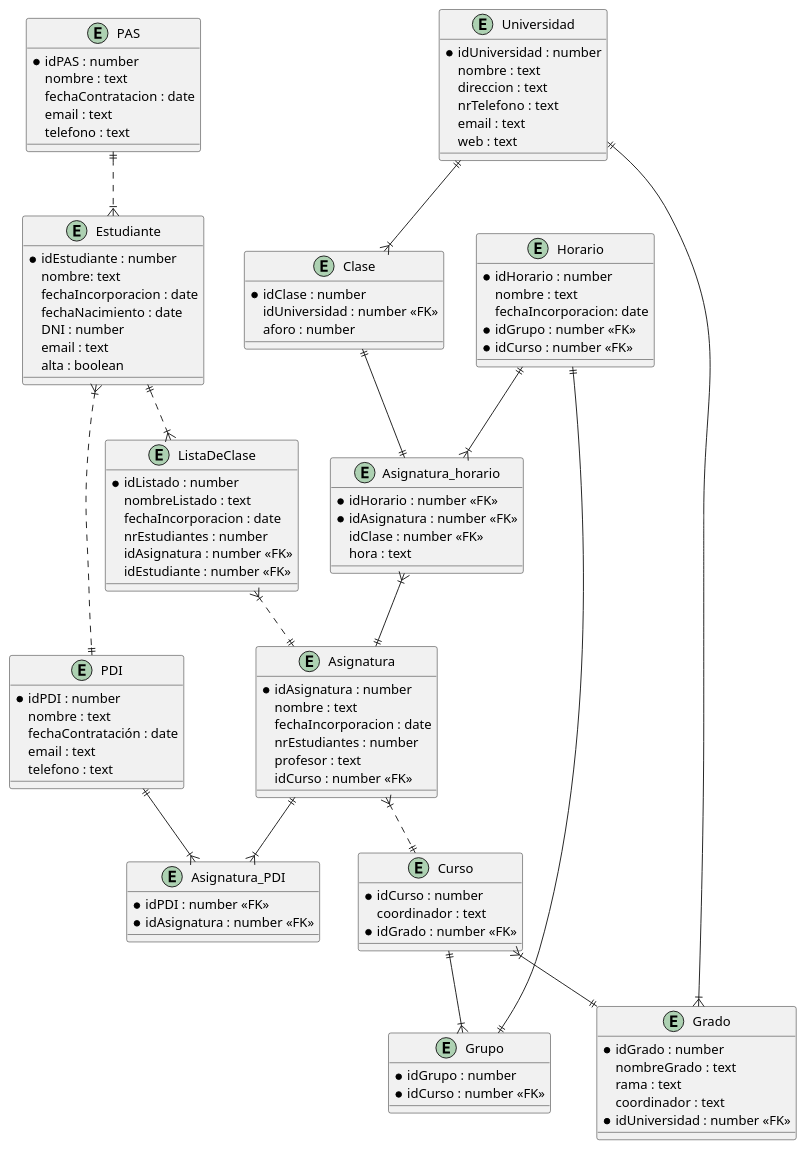
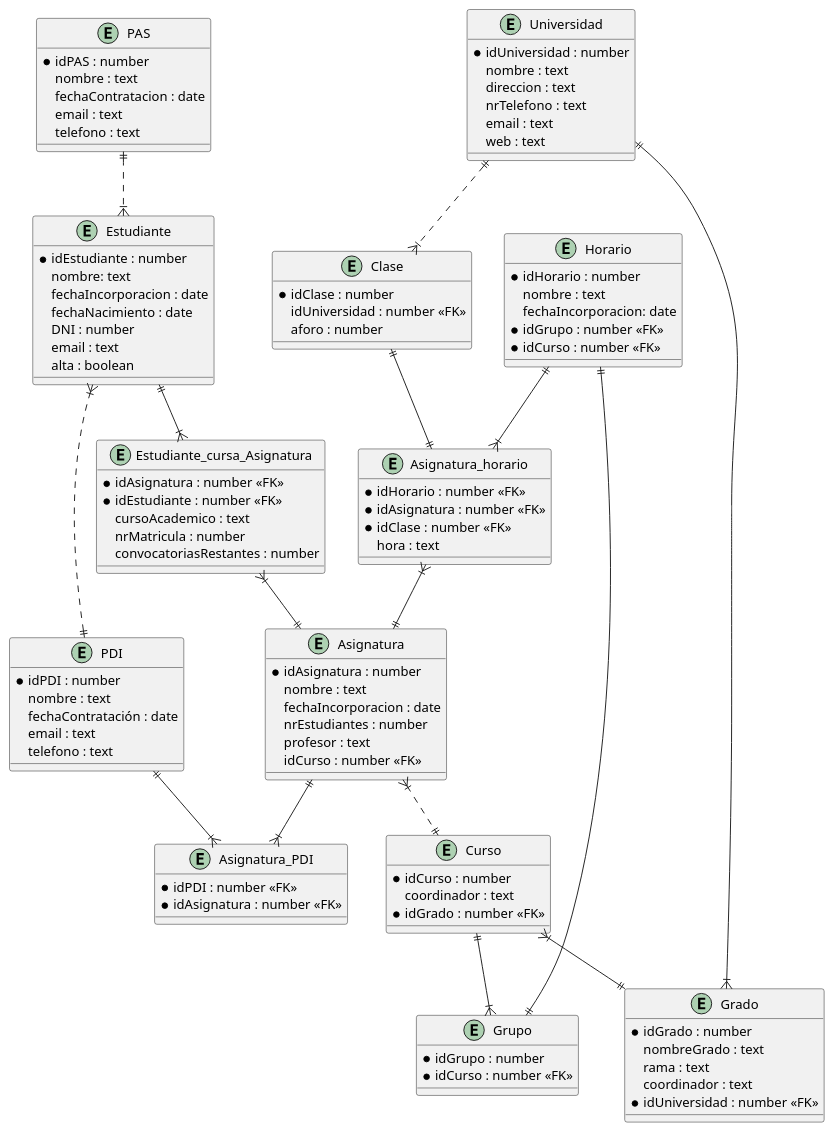
Before and after one commit to it557/INRE-UAL-BLANCO-2022: the diagram in lab1/src/supuesto1E-R.puml, drawn with PlantUML. The commit also changed 2 other files, not shown here.

Commit message:
Refinación del diagrama ER del Sup 1

```diff
--- a/lab1/src/supuesto1E-R.puml
+++ b/lab1/src/supuesto1E-R.puml
@@ -1,144 +1,143 @@
 @startuml supuesto1E-R
 
 entity "Horario" as Horario{
     * idHorario : number
     nombre : text
     fechaIncorporacion: date
     * idGrupo : number <<FK>>
     * idCurso : number <<FK>>
 }
 
 entity "Estudiante" as Estudiante{
     * idEstudiante : number
     nombre: text
     fechaIncorporacion : date
     fechaNacimiento : date
     DNI : number
     email : text
     alta : boolean
 }
 
-entity "ListaDeClase" as ListaDeClase{
-    * idListado : number
-    nombreListado : text
-    fechaIncorporacion : date
-    nrEstudiantes : number
-    idAsignatura : number <<FK>>
-    idEstudiante : number <<FK>>
+entity "Estudiante_cursa_Asignatura" as EsAs{
+    * idAsignatura : number <<FK>>
+    * idEstudiante : number <<FK>>
+    cursoAcademico : text
+    nrMatricula : number
+    convocatoriasRestantes : number
 }
 
 entity "Asignatura" as Asignatura{
     * idAsignatura : number
     nombre : text
     fechaIncorporacion : date
     nrEstudiantes : number
     profesor : text
     idCurso : number <<FK>>
 }
 
 entity "PDI" as PDI{
     * idPDI : number
     nombre : text
     fechaContratación : date
     email : text
     telefono : text
 }
 
 entity "PAS" as PAS{
     * idPAS : number
     nombre : text
     fechaContratacion : date
     email : text
     telefono : text
 }
 
 entity "Curso" as Curso{
     * idCurso : number
     coordinador : text
     * idGrado : number <<FK>>
 }
 
 entity "Grupo" as Grupo{
     * idGrupo : number
     * idCurso : number <<FK>>
 }
 
 entity "Grado" as Grado{
     * idGrado : number
     nombreGrado : text
     rama : text
     coordinador : text
     * idUniversidad : number <<FK>>
 }
 
 entity "Universidad" as Universidad{
     * idUniversidad : number
     nombre : text
     direccion : text
     nrTelefono : text
     email : text
     web : text
 }
 
 entity "Asignatura_horario" as AsHor{
     * idHorario : number <<FK>>
     * idAsignatura : number <<FK>>
-    idClase : number <<FK>>
+    * idClase : number <<FK>>
     hora : text
 }
 
 entity "Clase" as Clase{
     * idClase : number
     idUniversidad : number <<FK>>
     aforo : number
 }
 
 entity "Asignatura_PDI" as AsPDI{
     * idPDI : number <<FK>>
     * idAsignatura : number <<FK>>
 }
 
 PAS ||..|{ Estudiante
 Estudiante }|..|| PDI
 
-Estudiante ||..|{ ListaDeClase
-ListaDeClase }|..|| Asignatura
+Estudiante ||--|{ EsAs
+EsAs }|--|| Asignatura
 
 Asignatura }|..|| Curso
 
 Curso }|--|| Grado
 
 Universidad ||--|{ Grado
 
 Curso ||--|{ Grupo
 
 Grupo ||--|| Horario
 
 Horario ||--|{ AsHor
 AsHor }|--|| Asignatura
 
-Universidad ||--|{ Clase
+Universidad ||..|{ Clase
 Clase ||--|| AsHor
 
 Asignatura ||--|{ AsPDI
 PDI ||--|{ AsPDI
 
 
 
 
 
 
 
 
 
 
 
 
 
 
 
 
 
 
 
 @enduml
```
